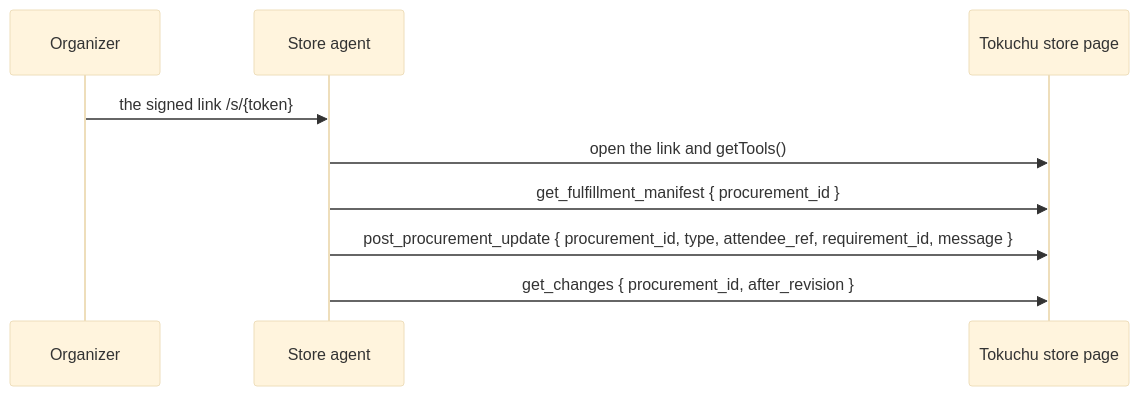
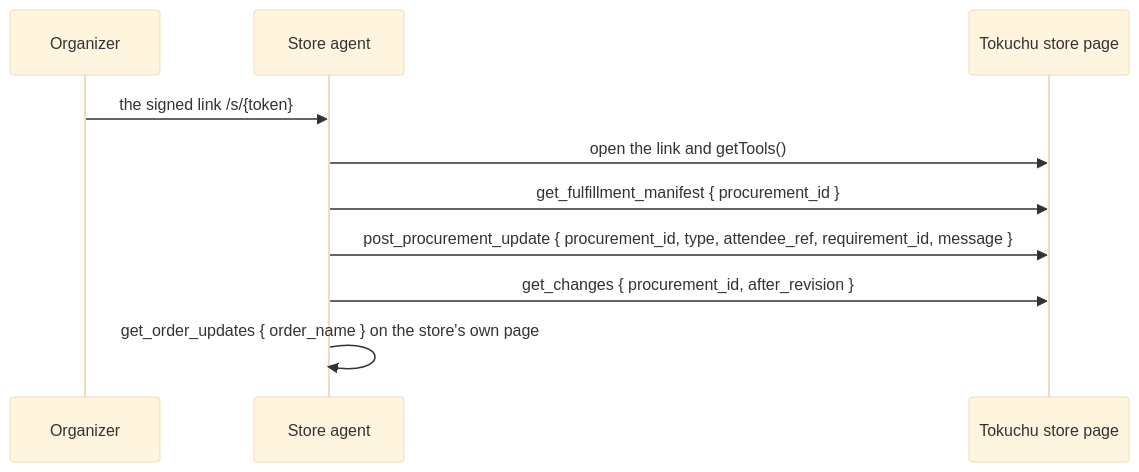
Before and after one commit to reversely/tokuchu: the second of 2 diagrams in docs/agent-playbook.md, drawn with Mermaid (base theme). The commit also changed other lines of this file and 19 other files, not shown here.

First line of the commit message:
feat(store): expose order updates over WebMCP with get_order_updates

````diff
--- a/docs/agent-playbook.md
+++ b/docs/agent-playbook.md
@@ -80,11 +82,12 @@
 ```mermaid
 sequenceDiagram
     participant O as Organizer
     participant S as Store agent
     participant P as Tokuchu store page
     O->>S: the signed link /s/{token}
     S->>P: open the link and getTools()
     S->>P: get_fulfillment_manifest { procurement_id }
     S->>P: post_procurement_update { procurement_id, type, attendee_ref, requirement_id, message }
     S->>P: get_changes { procurement_id, after_revision }
+    S->>S: get_order_updates { order_name } on the store's own page
 ```
````
